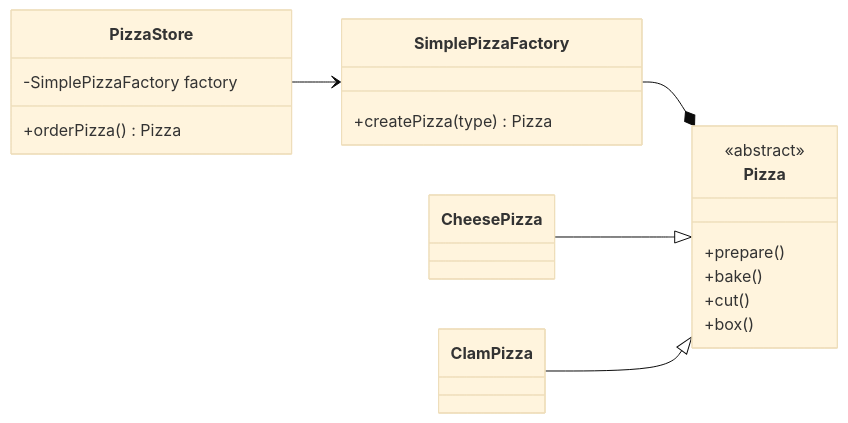
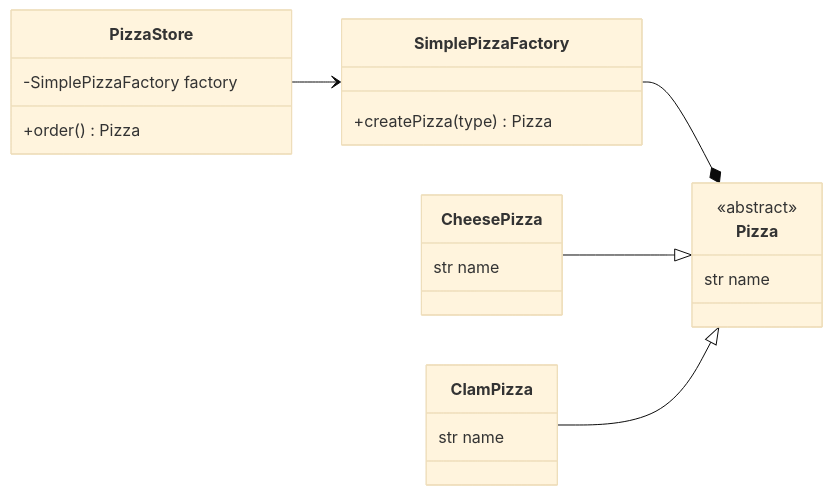
Before and after one commit to tiaz0128/design-pattern-in-python: the diagram in src/factory/simple_factory/UML.md, drawn with Mermaid (base theme). The commit also changed 6 other files, not shown here.

````diff
--- a/src/factory/simple_factory/UML.md
+++ b/src/factory/simple_factory/UML.md
@@ -1,38 +1,34 @@
 ```mermaid 
 classDiagram
     direction LR
 
     class PizzaStore {
         -SimplePizzaFactory factory
-        +orderPizza() Pizza
+        +order() Pizza
     }
 
     class SimplePizzaFactory {
         +createPizza(type) Pizza
     }
 
     PizzaStore --> SimplePizzaFactory
 
     class Pizza {
         <<abstract>>
-
-        +prepare()
-        +bake()
-        +cut()
-        +box()
+        str name
     }
 
     SimplePizzaFactory --* Pizza
 
     class CheesePizza {
-
+        str name
     }
 
     class ClamPizza {
-
+        str name
     }
 
     CheesePizza --|> Pizza  
     ClamPizza --|> Pizza  
 
 ```
````
